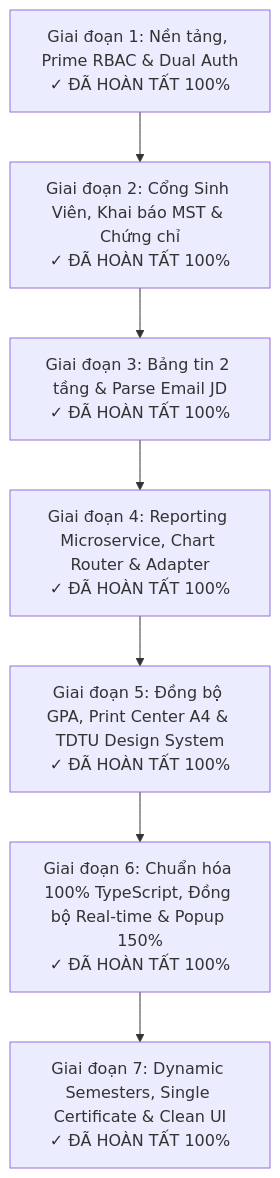
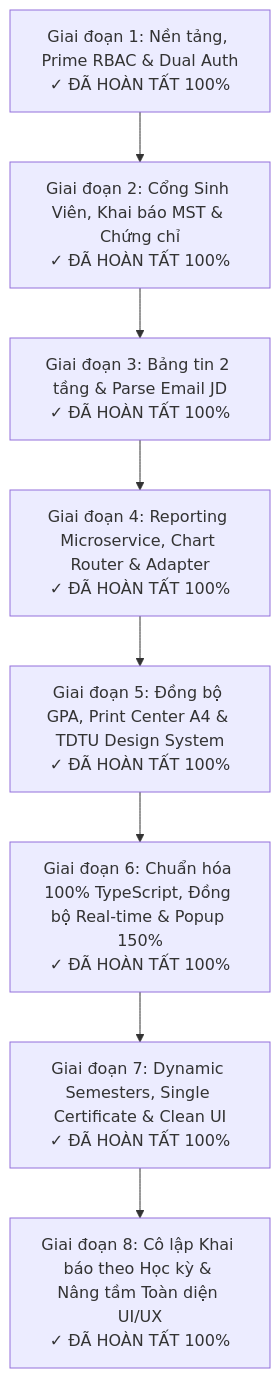
The diagram in docs/BAO_CAO_CHI_TIET_DU_AN_TONG_THE_DB_CNTT.md (nhan1232004/DB_CNTT), drawn with Mermaid before and after one commit. The commit also changed other lines of this file and 5 other files, not shown here.

````diff
--- a/docs/BAO_CAO_CHI_TIET_DU_AN_TONG_THE_DB_CNTT.md
+++ b/docs/BAO_CAO_CHI_TIET_DU_AN_TONG_THE_DB_CNTT.md
@@ -30,12 +30,13 @@
 ```mermaid
 flowchart TD
     P1["Giai đoạn 1: Nền tảng, Prime RBAC & Dual Auth<br/>✓ ĐÃ HOÀN TẤT 100%"]
     P2["Giai đoạn 2: Cổng Sinh Viên, Khai báo MST & Chứng chỉ<br/>✓ ĐÃ HOÀN TẤT 100%"]
     P3["Giai đoạn 3: Bảng tin 2 tầng & Parse Email JD<br/>✓ ĐÃ HOÀN TẤT 100%"]
     P4["Giai đoạn 4: Reporting Microservice, Chart Router & Adapter<br/>✓ ĐÃ HOÀN TẤT 100%"]
     P5["Giai đoạn 5: Đồng bộ GPA, Print Center A4 & TDTU Design System<br/>✓ ĐÃ HOÀN TẤT 100%"]
     P6["Giai đoạn 6: Chuẩn hóa 100% TypeScript, Đồng bộ Real-time & Popup 150%<br/>✓ ĐÃ HOÀN TẤT 100%"]
     P7["Giai đoạn 7: Dynamic Semesters, Single Certificate & Clean UI<br/>✓ ĐÃ HOÀN TẤT 100%"]
+    P8["Giai đoạn 8: Cô lập Khai báo theo Học kỳ & Nâng tầm Toàn diện UI/UX<br/>✓ ĐÃ HOÀN TẤT 100%"]
 
-    P1 --> P2 --> P3 --> P4 --> P5 --> P6 --> P7
+    P1 --> P2 --> P3 --> P4 --> P5 --> P6 --> P7 --> P8
 ```
````
